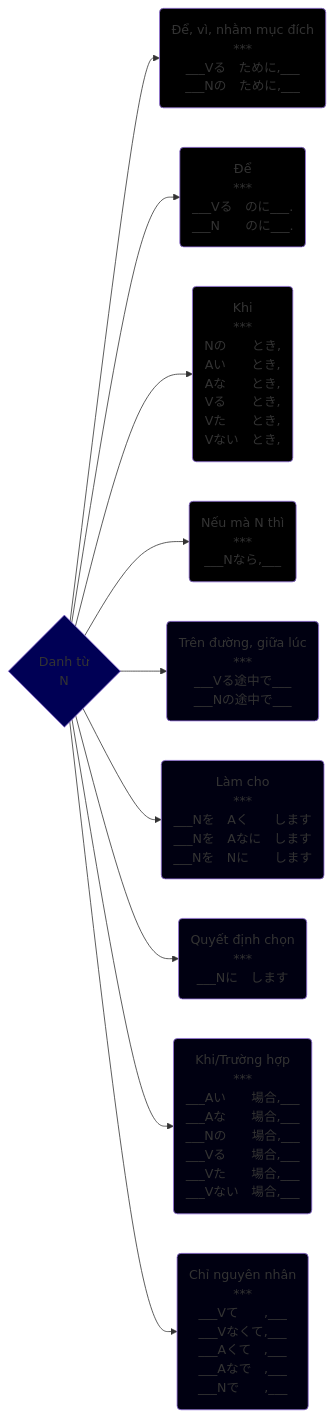
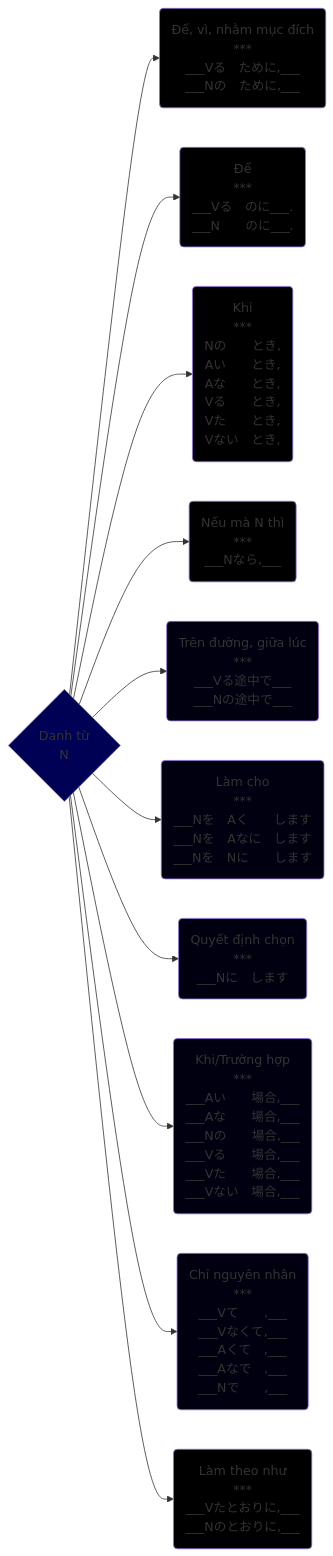
Before and after one commit to tea1504/learn: the diagram in Danh_Tu.md, drawn with Mermaid. The commit also changed 10 other files, not shown here.

````diff
--- a/Danh_Tu.md
+++ b/Danh_Tu.md
@@ -1,25 +1,27 @@
 ```mermaid
 graph LR;
     N{Danh từ\nN}
 
     N-->nhamMucDich(Để, vì, nhằm mục đích\n***\n___Vる　ために,___\n___Nの　ために,___)
     N-->de(Để\n***\n___Vる　のに___.\n___N　　のに___.)
     N-->khi(Khi\n***\nNの　　とき,\nAい　　とき,\nAな　　とき,\nVる　　とき,\nVた　　とき,\nVない　とき,)
     N-->neuMaNThi(Nếu mà N thì\n***\n___Nなら,___)
     N-->trenDuongGiuaLuc(Trên đường, giữa lúc\n***\n___Vる途中で___\n___Nの途中で___)
     N-->lamCho(Làm cho\n***\n___Nを　Aく　　します\n___Nを　Aなに　します\n___Nを　Nに　　します)
     N-->quyetDinhChon(Quyết định chọn\n***\n___Nに　します)
     N-->truongHop(Khi/Trường hợp\n***\n___Aい　　場合,___\n___Aな　　場合,___\n___Nの　　場合,___\n___Vる　　場合,___\n___Vた　　場合,___\n___Vない　場合,___)
     N-->chiNguyenNhan(Chỉ nguyên nhân\n***\n___Vて　　,___\n___Vなくて,___\n___Aくて　,___\n___Aなで　,___\n___Nで　　,___)
+    N-->lamTheoNhu(Làm theo như\n***\n___Vたとおりに,___\n___Nのとおりに,___)
 
     style N fill:#005
     style chiNguyenNhan fill:#001
     style de fill:#000
     style khi fill:#000
     style lamCho fill:#001
+    style lamTheoNhu fill:#000
     style neuMaNThi fill:#000
     style nhamMucDich fill:#000
     style quyetDinhChon fill:#001
     style trenDuongGiuaLuc fill:#001
     style truongHop fill:#001
 ```
````
